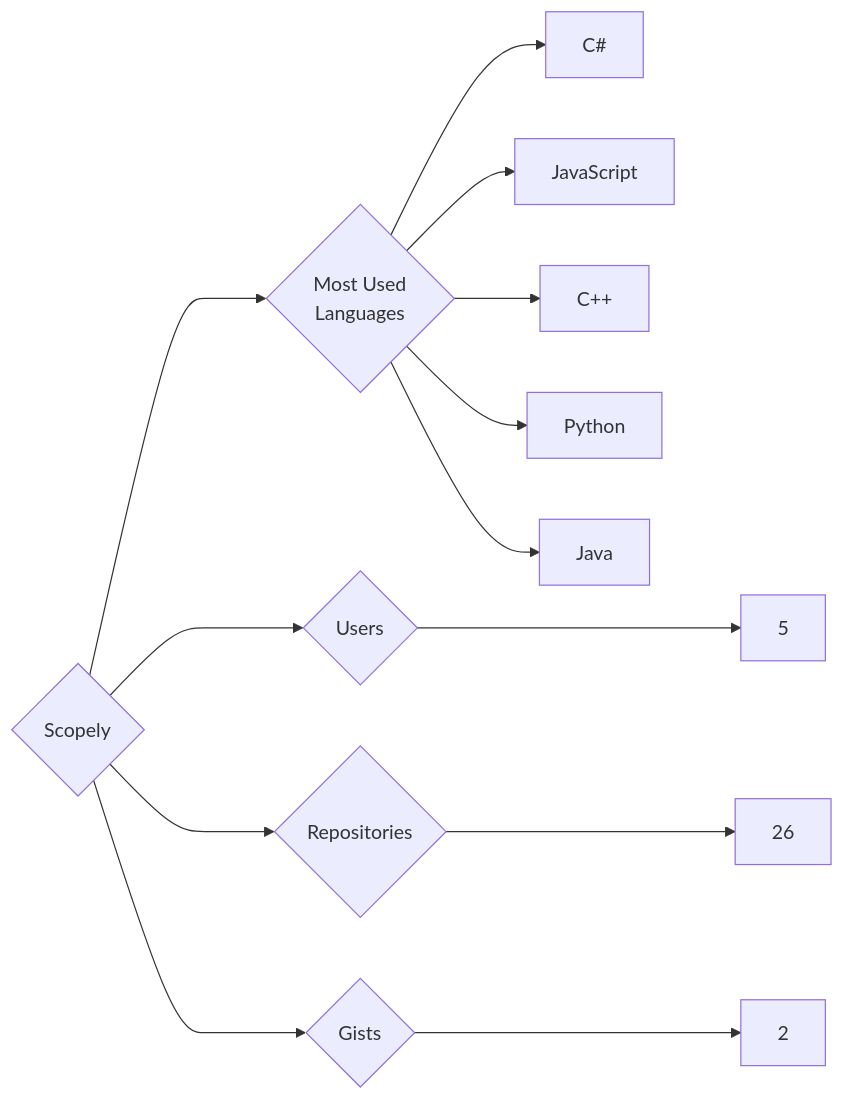
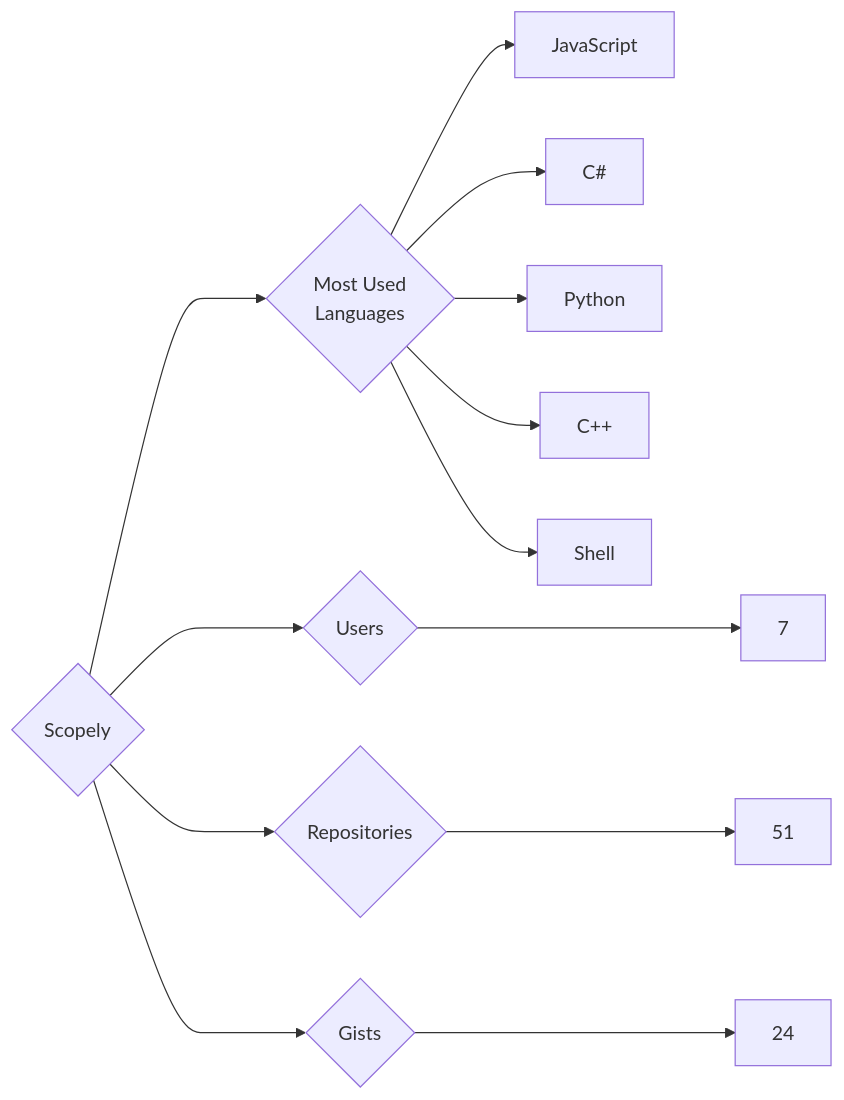
Before and after one commit to trickest/insiders: the diagram in targets/Scopely/README.md, drawn with Mermaid. The commit also changed 976 other files, not shown here.

````diff
--- a/targets/Scopely/README.md
+++ b/targets/Scopely/README.md
@@ -3,13 +3,13 @@
 ```mermaid
 graph LR
 COMPANY_NAME{Scopely}
-COMPANY_NAME ---> U{Users} ---> UN[5]
-COMPANY_NAME ---> R{Repositories} ---> RN[26]
-COMPANY_NAME ---> G{Gists} ---> GN[2]
+COMPANY_NAME ---> U{Users} ---> UN[7]
+COMPANY_NAME ---> R{Repositories} ---> RN[51]
+COMPANY_NAME ---> G{Gists} ---> GN[24]
 COMPANY_NAME ---> ML{Most Used<br>Languages}
+ML --> JavaScript[JavaScript]
 ML --> C#[C#]
-ML --> JavaScript[JavaScript]
+ML --> Python[Python]
 ML --> C++[C++]
-ML --> Python[Python]
-ML --> Java[Java]
+ML --> Shell[Shell]
 ```
````
